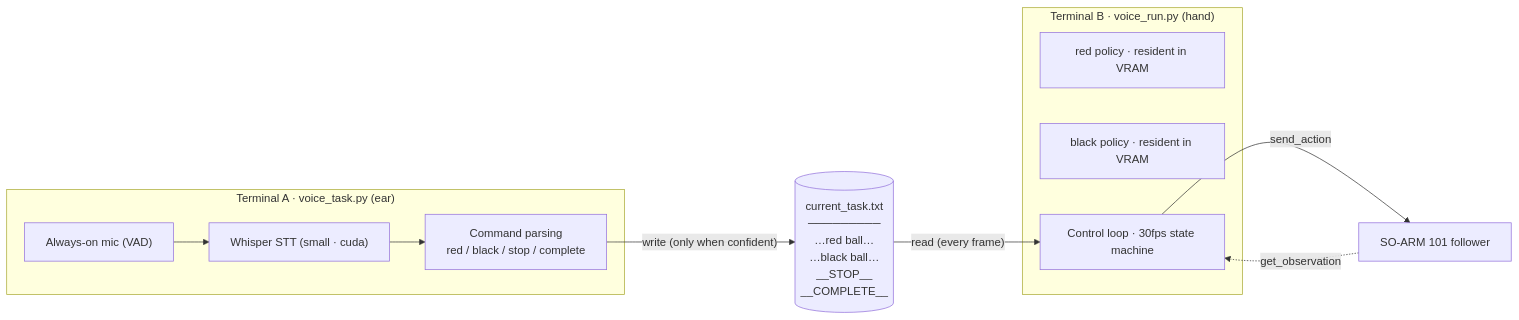
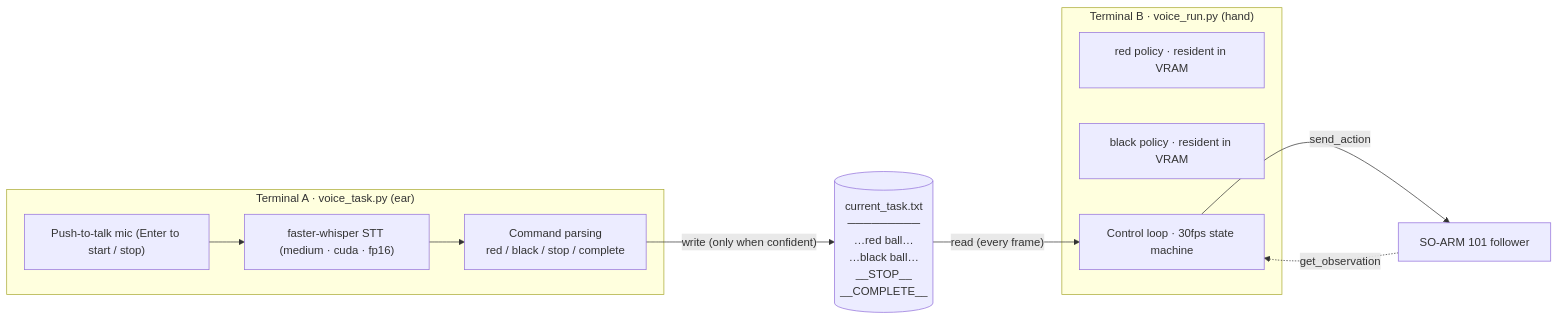
The first of 4 diagrams in VoiceRun.md (asdqwe9501/Speech-Driven-VLA-Robotics), drawn with Mermaid before and after one commit. The commit also changed other lines of this file and 5 other files, not shown here.

Commit message:
Rewrite SmolVLA notes to match the actual architecture; add results and eval template

````diff
--- a/VoiceRun.md
+++ b/VoiceRun.md
@@ -29,18 +29,18 @@
 ```mermaid
 flowchart LR
     subgraph A["Terminal A · voice_task.py (ear)"]
-        mic["Always-on mic (VAD)"] --> stt["Whisper STT (small · cuda)"]
+        mic["Push-to-talk mic (Enter to start / stop)"] --> stt["faster-whisper STT (medium · cuda · fp16)"]
         stt --> parse["Command parsing<br/>red / black / stop / complete"]
     end
     file[("current_task.txt<br/>─────────<br/>…red ball…<br/>…black ball…<br/>__STOP__<br/>__COMPLETE__")]
     subgraph B["Terminal B · voice_run.py (hand)"]
         red["red policy · resident in VRAM"]
         black["black policy · resident in VRAM"]
         loop["Control loop · 30fps state machine"]
     end
     robot["SO-ARM 101 follower"]
     parse -->|"write (only when confident)"| file
     file -->|"read (every frame)"| loop
     loop -->|send_action| robot
     robot -.->|get_observation| loop
 ```
````
